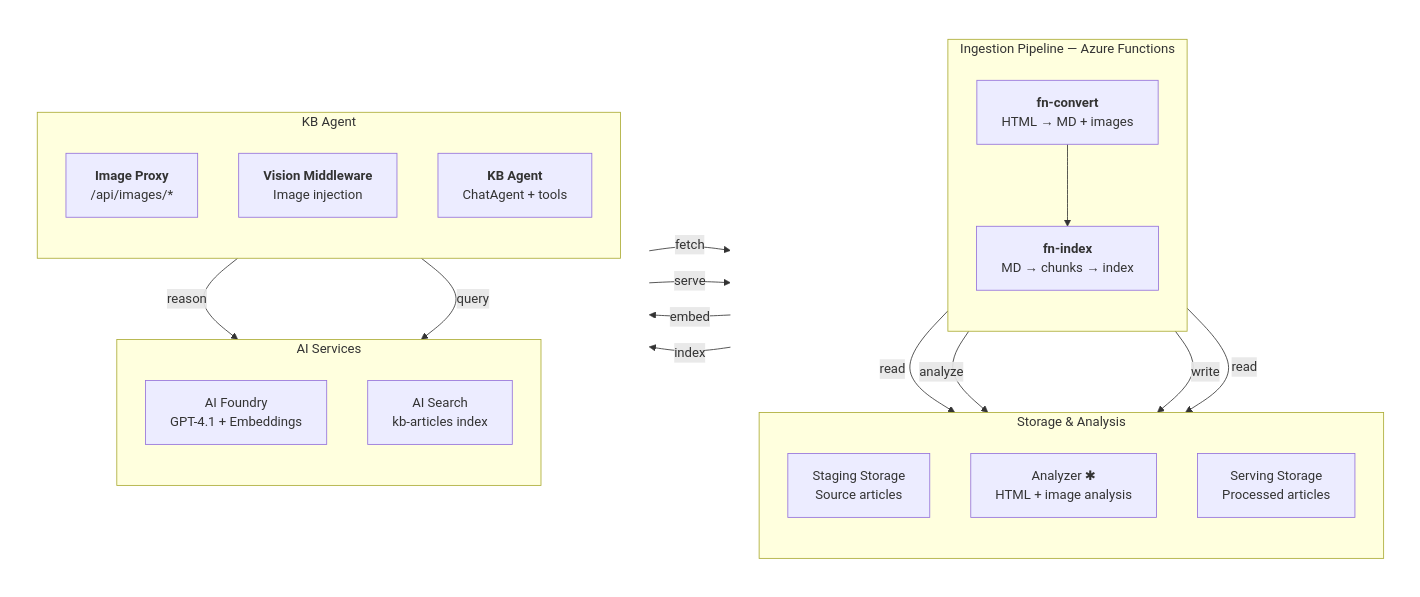
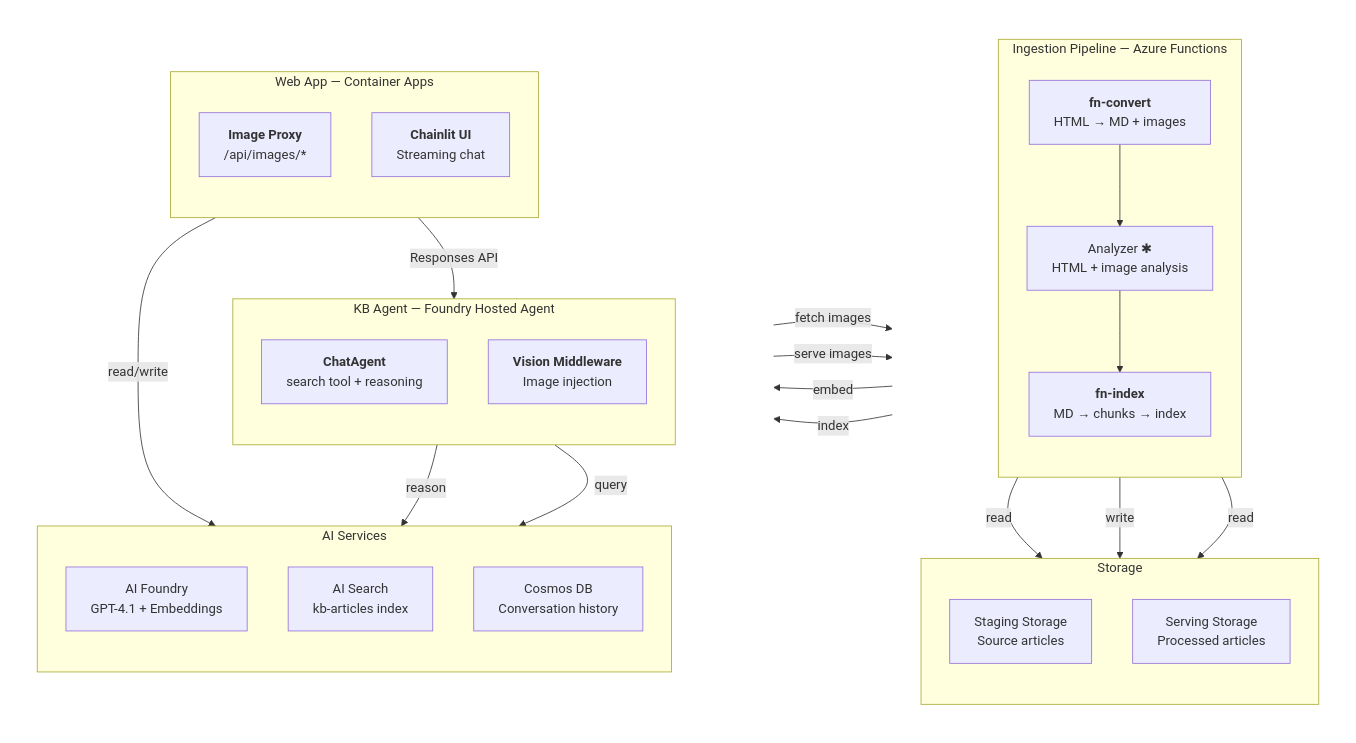
One commit to aldelar/azure-knowledge-base-ingestion changed the second of 3 diagrams in docs/specs/architecture.md. Above: the diagram before and after it, drawn with Mermaid. The commit also changed other lines of this file and 54 other files, not shown here.

Commit message:
implementation of agent as standalone service, refactoring for deployment as hosted agent, intro of cosmosdb backed memory

````diff
--- a/docs/specs/architecture.md
+++ b/docs/specs/architecture.md
@@ -73,51 +73,56 @@
 ```mermaid
 flowchart LR
     subgraph left[" "]
         direction TB
         subgraph Pipeline["Ingestion Pipeline — Azure Functions"]
             direction TB
             CONV["<b>fn-convert</b><br/>HTML → MD + images"]
+            AN["Analyzer ✱<br/>HTML + image analysis"]
             IDX["<b>fn-index</b><br/>MD → chunks → index"]
-            CONV --> IDX
+            CONV --> AN --> IDX
         end
-        subgraph Sources["Storage & Analysis"]
+        subgraph Sources["Storage"]
             direction TB
             SA1["Staging Storage<br/>Source articles"]
-            AN["Analyzer ✱<br/>HTML + image analysis"]
             SA2["Serving Storage<br/>Processed articles"]
         end
     end
 
     subgraph right[" "]
         direction TB
         subgraph Center["AI Services"]
             direction TB
             AF["AI Foundry<br/>GPT-4.1 + Embeddings"]
             AIS["AI Search<br/>kb-articles index"]
+            COSMOS["Cosmos DB<br/>Conversation history"]
         end
-        subgraph App["KB Agent"]
+        subgraph AgentSvc["KB Agent — Foundry Hosted Agent"]
+            direction TB
+            AGENT["<b>ChatAgent</b><br/>search tool + reasoning"]
+            VIS["<b>Vision Middleware</b><br/>Image injection"]
+        end
+        subgraph WebApp["Web App — Container Apps"]
             direction TB
             PROXY["<b>Image Proxy</b><br/>/api/images/*"]
-            VIS["<b>Vision Middleware</b><br/>Image injection"]
-            AGENT["<b>KB Agent</b><br/>ChatAgent + tools"]
-            
+            CHAT["<b>Chainlit UI</b><br/>Streaming chat"]
         end
     end
 
     CONV -->|read| SA1
-    CONV -->|analyze| AN
     CONV -->|write| SA2
     IDX -->|read| SA2
 
     IDX -->|embed| AF
     IDX -->|index| AIS
 
     AGENT -->|reason| AF
     AGENT -->|query| AIS
+    VIS -->|fetch images| SA2
 
-    VIS -->|fetch| SA2
-    PROXY -->|serve| SA2
+    CHAT -->|Responses API| AGENT
+    CHAT -->|read/write| COSMOS
+    PROXY -->|serve images| SA2
 
     classDef invisible fill:none,stroke:none;
     class left,right invisible;
 ```
````
